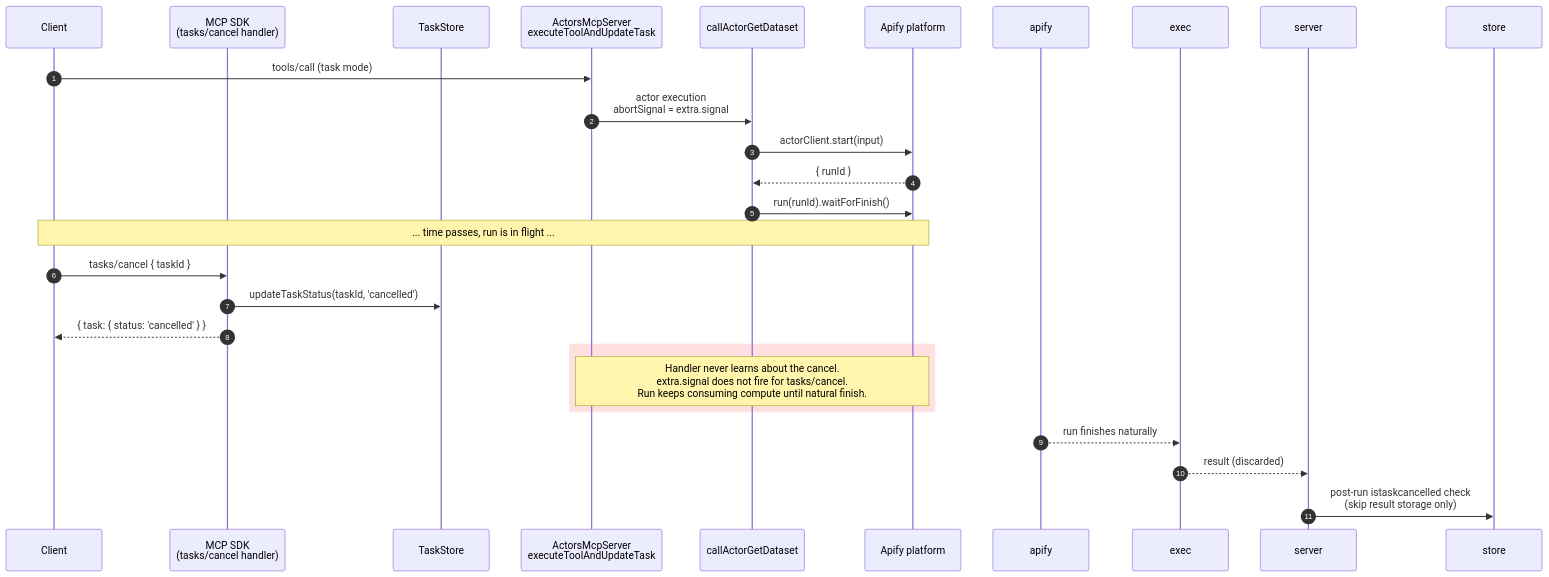
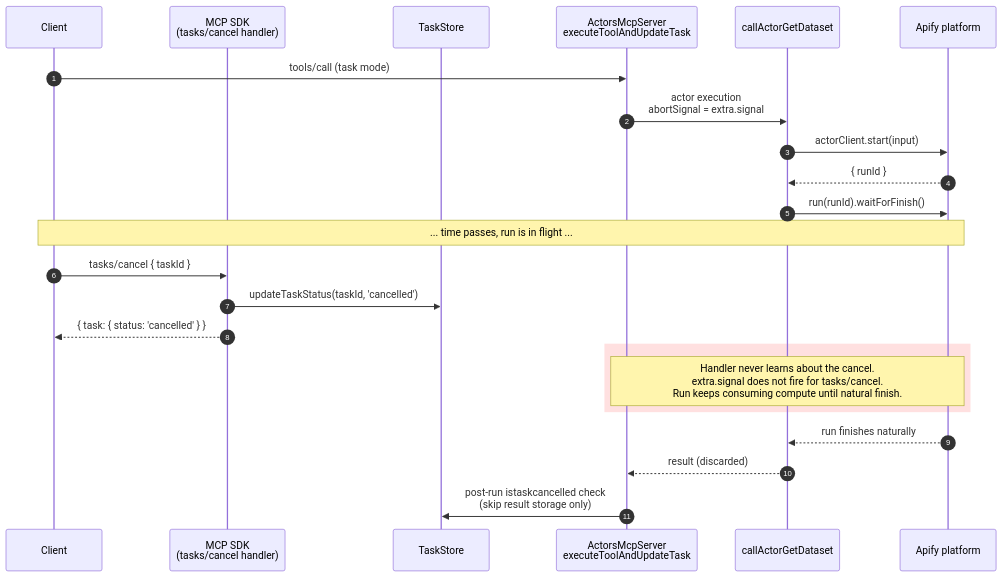
The first of 3 diagrams in res/tasks_cancel_abort_flow.md (apify/apify-mcp-server), drawn with Mermaid before and after one commit.

Commit message:
Potential fix for pull request finding

````diff
--- a/res/tasks_cancel_abort_flow.md
+++ b/res/tasks_cancel_abort_flow.md
@@ -48,30 +48,30 @@
 ```mermaid
 sequenceDiagram
     autonumber
     participant Client
     participant SDK as MCP SDK<br/>(tasks/cancel handler)
     participant Store as TaskStore
     participant Server as ActorsMcpServer<br/>executeToolAndUpdateTask
     participant Exec as callActorGetDataset
     participant Apify as Apify platform
 
     Client->>Server: tools/call (task mode)
     Server->>Exec: actor execution<br/>abortSignal = extra.signal
     Exec->>Apify: actorClient.start(input)
     Apify-->>Exec: { runId }
     Exec->>Apify: run(runId).waitForFinish()
 
     Note over Client,Apify: ... time passes, run is in flight ...
 
     Client->>SDK: tasks/cancel { taskId }
     SDK->>Store: updateTaskStatus(taskId, 'cancelled')
     SDK-->>Client: { task: { status: 'cancelled' } }
 
     rect rgba(255, 0, 0, 0.12)
         Note over Server,Apify: Handler never learns about the cancel.<br/>extra.signal does not fire for tasks/cancel.<br/>Run keeps consuming compute until natural finish.
     end
 
-    apify-->>exec: run finishes naturally
-    exec-->>server: result (discarded)
-    server->>store: post-run istaskcancelled check<br/>(skip result storage only)
+    Apify-->>Exec: run finishes naturally
+    Exec-->>Server: result (discarded)
+    Server->>Store: post-run istaskcancelled check<br/>(skip result storage only)
 ```
````
